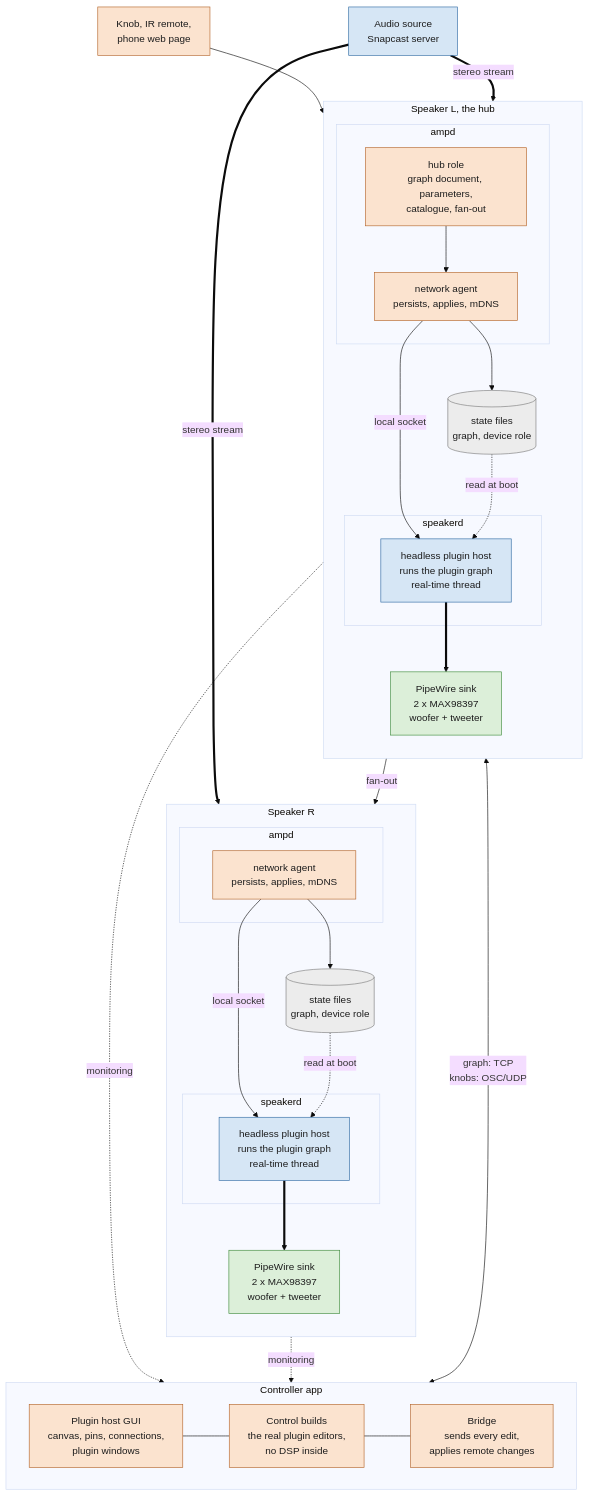
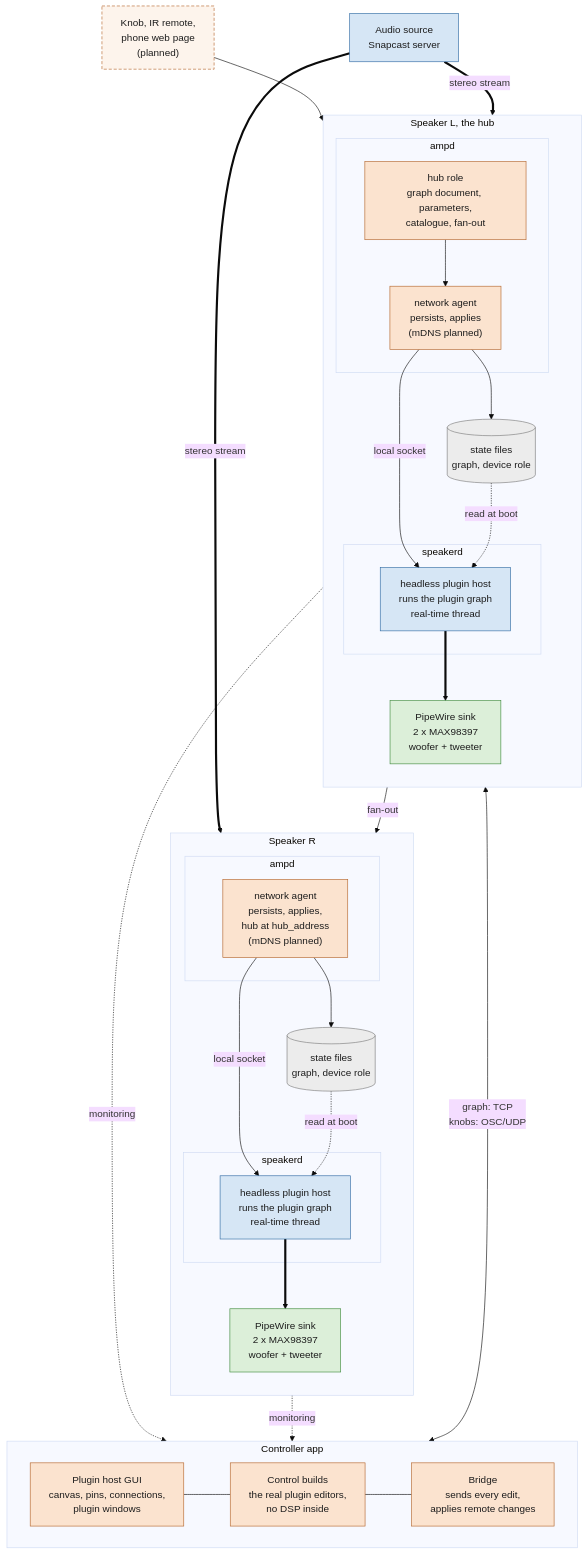
One commit to AMuszkat/bpi_amp_platform changed the first of 19 diagrams in docs/remote-plugin-host.md. Above: the diagram before and after it, drawn with Mermaid (base theme). The commit also changed other lines of this file and 22 other files, not shown here.

First line of the commit message:
firmware, docs: the first board deploy's fixes; 48 kHz base config; P1 figure script

````diff
--- a/docs/remote-plugin-host.md
+++ b/docs/remote-plugin-host.md
@@ -42,60 +42,61 @@
 ```mermaid
 flowchart TB
     classDef ctl fill:#fbe3cf,stroke:#b4642a,color:#1d1d1d
     classDef aud fill:#d6e6f5,stroke:#2f6aa3,color:#1d1d1d
     classDef sto fill:#ececec,stroke:#7a7a7a,color:#1d1d1d
     classDef hw fill:#dcefd9,stroke:#3d8a3a,color:#1d1d1d
+    classDef plan fill:#fdf4ec,stroke:#b4642a,color:#1d1d1d,stroke-dasharray:5 3
 
     subgraph CTRL["Controller app"]
         direction LR
         gui["Plugin host GUI<br/>canvas, pins, connections,<br/>plugin windows"]:::ctl
         cb["Control builds<br/>the real plugin editors,<br/>no DSP inside"]:::ctl
         br["Bridge<br/>sends every edit,<br/>applies remote changes"]:::ctl
         gui --- cb --- br
     end
 
-    local["Knob, IR remote,<br/>phone web page"]:::ctl
+    local["Knob, IR remote,<br/>phone web page<br/>(planned)"]:::plan
     src["Audio source<br/>Snapcast server"]:::aud
 
     subgraph SR["Speaker R"]
         direction TB
         subgraph AR["ampd"]
-            agR["network agent<br/>persists, applies, mDNS"]:::ctl
+            agR["network agent<br/>persists, applies,<br/>hub at hub_address<br/>(mDNS planned)"]:::ctl
         end
         stR[("state files<br/>graph, device role")]:::sto
         subgraph SDR["speakerd"]
             engR["headless plugin host<br/>runs the plugin graph<br/>real-time thread"]:::aud
         end
         ampR["PipeWire sink<br/>2 x MAX98397<br/>woofer + tweeter"]:::hw
         agR -- "local socket" --> engR
         agR --> stR
         stR -. "read at boot" .-> engR
         engR ==> ampR
     end
 
     subgraph SL["Speaker L, the hub"]
         direction TB
         subgraph AL["ampd"]
             hub["hub role<br/>graph document, parameters,<br/>catalogue, fan-out"]:::ctl
-            agL["network agent<br/>persists, applies, mDNS"]:::ctl
+            agL["network agent<br/>persists, applies<br/>(mDNS planned)"]:::ctl
         end
         stL[("state files<br/>graph, device role")]:::sto
         subgraph SDL["speakerd"]
             engL["headless plugin host<br/>runs the plugin graph<br/>real-time thread"]:::aud
         end
         ampL["PipeWire sink<br/>2 x MAX98397<br/>woofer + tweeter"]:::hw
         hub --> agL
         agL -- "local socket" --> engL
         agL --> stL
         stL -. "read at boot" .-> engL
         engL ==> ampL
     end
 
     br <-- "graph: TCP<br/>knobs: OSC/UDP" --> hub
     local --> hub
     hub -- "fan-out" --> agR
     agL -. "monitoring" .-> br
     agR -. "monitoring" .-> br
     src == "stereo stream" ==> engL
     src == "stereo stream" ==> engR
 ```
````
